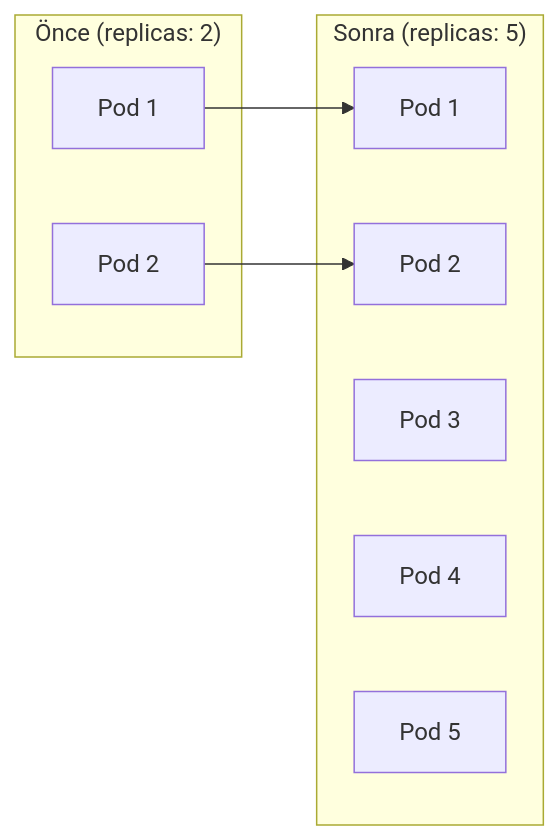
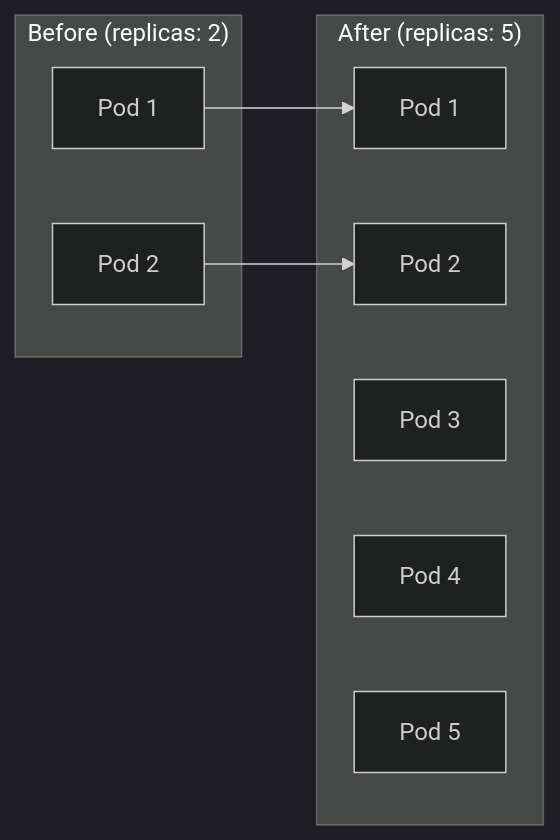
The second of 3 diagrams in labs/lab-03-deployments.md (uzunenes/CKAD), drawn with Mermaid before and after one commit. The commit also changed other lines of this file and 15 other files, not shown here.

Commit message:
🌍 Complete English translation - All 17 labs translated with dark mermaid themes

````diff
--- a/labs/lab-03-deployments.md
+++ b/labs/lab-03-deployments.md
@@ -98,18 +99,19 @@
 ```mermaid
+%%{init: {'theme': 'dark'}}%%
 graph LR
-    subgraph "Önce (replicas: 2)"
+    subgraph "Before (replicas: 2)"
         P1[Pod 1]
         P2[Pod 2]
     end
     
-    subgraph "Sonra (replicas: 5)"
+    subgraph "After (replicas: 5)"
         P3[Pod 1]
         P4[Pod 2]
         P5[Pod 3]
         P6[Pod 4]
         P7[Pod 5]
     end
     
     P1 --> P3
     P2 --> P4
 ```
````
